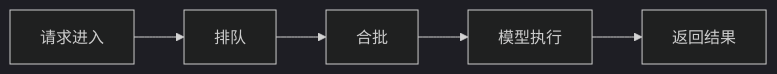
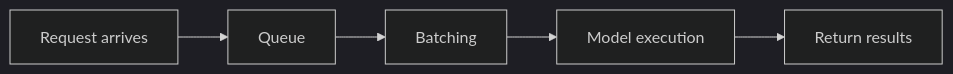
The diagram in docs/ch08-rag/ch02-deployment/02-inference-servers.md (oudbiao/AI-fullstack-course), drawn with Mermaid (dark theme) before and after one commit. The commit also changed other lines of this file and 1406 other files, not shown here.

````diff
--- a/docs/ch08-rag/ch02-deployment/02-inference-servers.md
+++ b/docs/ch08-rag/ch02-deployment/02-inference-servers.md
@@ -35,7 +35,7 @@
 ```mermaid
 flowchart LR
-    A["请求进入"] --> B["排队"]
-    B --> C["合批"]
-    C --> D["模型执行"]
-    D --> E["返回结果"]
+    A["Request arrives"] --> B["Queue"]
+    B --> C["Batching"]
+    C --> D["Model execution"]
+    D --> E["Return results"]
 ```
````
